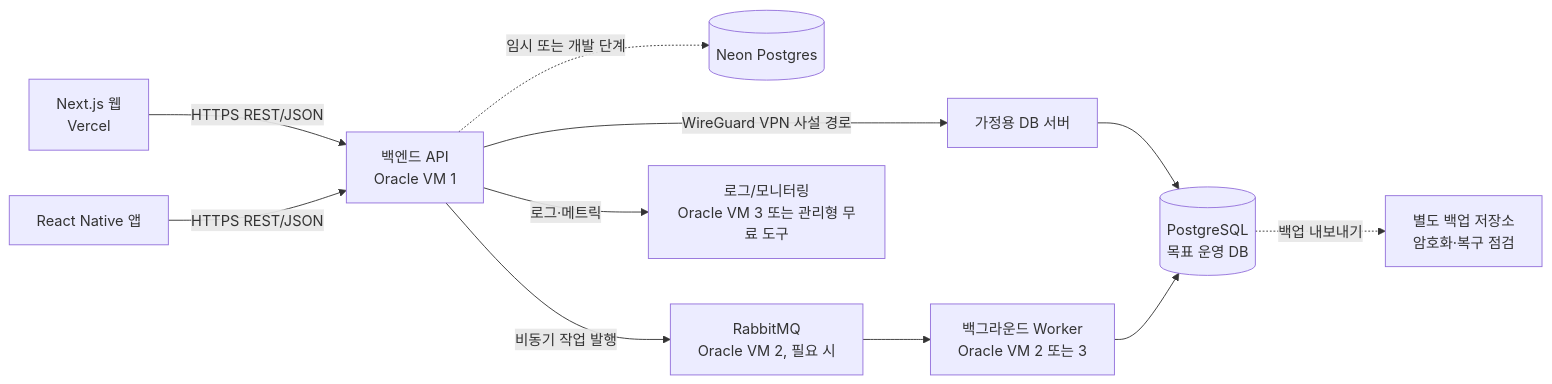
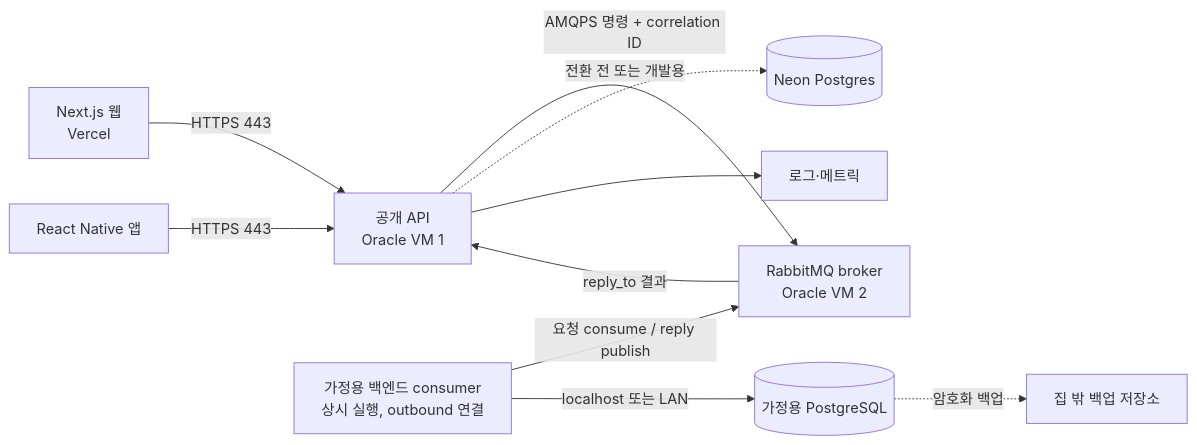
The first of 2 diagrams in docs/architecture/low-cost-service-architecture.md (david-yj-52/tsh-pi), drawn with Mermaid before and after one commit. The commit also changed other lines of this file, not shown here.

Commit message:
project planning for low-cost architecture

````diff
--- a/docs/architecture/low-cost-service-architecture.md
+++ b/docs/architecture/low-cost-service-architecture.md
@@ -47,13 +48,12 @@
 ```mermaid
 flowchart LR
-  WEB[Next.js 웹<br/>Vercel] -->|HTTPS REST/JSON| API[백엔드 API<br/>Oracle VM 1]
-  APP[React Native 앱] -->|HTTPS REST/JSON| API
-  API -->|WireGuard VPN 사설 경로| HOME[가정용 DB 서버]
-  HOME --> PG[(PostgreSQL<br/>목표 운영 DB)]
-  API -. 임시 또는 개발 단계 .-> DB[(Neon Postgres)]
-  API -->|비동기 작업 발행| MQ[RabbitMQ<br/>Oracle VM 2, 필요 시]
-  MQ --> WORKER[백그라운드 Worker<br/>Oracle VM 2 또는 3]
-  WORKER --> PG
-  API -->|로그·메트릭| OBS[로그/모니터링<br/>Oracle VM 3 또는 관리형 무료 도구]
-  PG -. 백업 내보내기 .-> BACKUP[별도 백업 저장소<br/>암호화·복구 점검]
+  WEB[Next.js 웹<br/>Vercel] -->|HTTPS 443| API[공개 API<br/>Oracle VM 1]
+  APP[React Native 앱] -->|HTTPS 443| API
+  API -->|AMQPS 명령 + correlation ID| MQ[RabbitMQ broker<br/>Oracle VM 2]
+  HOME[가정용 백엔드 consumer<br/>상시 실행, outbound 연결] -->|요청 consume / reply publish| MQ
+  HOME -->|localhost 또는 LAN| PG[(가정용 PostgreSQL)]
+  MQ -->|reply_to 결과| API
+  API -. 전환 전 또는 개발용 .-> NEON[(Neon Postgres)]
+  PG -. 암호화 백업 .-> BACKUP[집 밖 백업 저장소]
+  API --> OBS[로그·메트릭]
 ```
````
